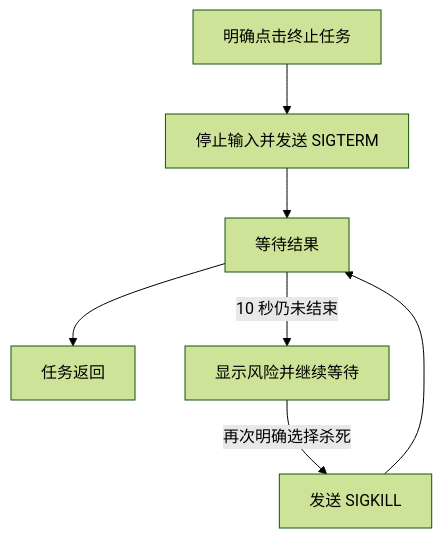
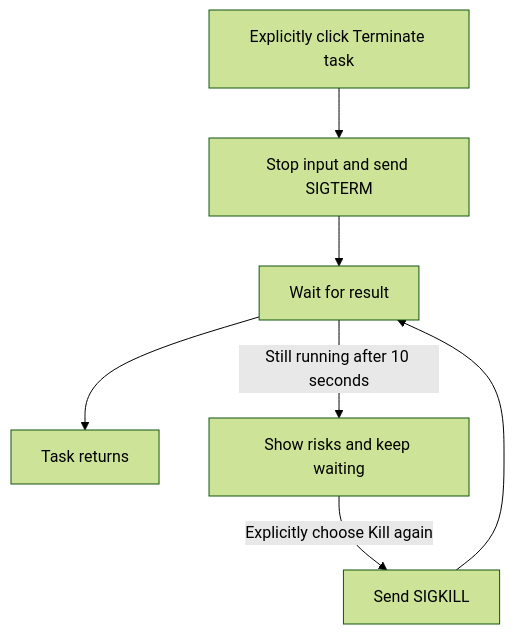
The diagram in crates/auto-admin/docs/workflow.md (peixuanthomas/TundraUX3), drawn with Mermaid (forest theme) before and after one commit. The commit also changed other lines of this file and 69 other files, not shown here.

````diff
--- a/crates/auto-admin/docs/workflow.md
+++ b/crates/auto-admin/docs/workflow.md
@@ -41,9 +41,9 @@
 ```mermaid
 flowchart TD
-    Stop[明确点击终止任务] --> Term[停止输入并发送 SIGTERM]
-    Term --> Wait[等待结果]
-    Wait --> Done[任务返回]
-    Wait -->|10 秒仍未结束| Warn[显示风险并继续等待]
-    Warn -->|再次明确选择杀死| Kill[发送 SIGKILL]
+    Stop[Explicitly click Terminate task] --> Term[Stop input and send SIGTERM]
+    Term --> Wait[Wait for result]
+    Wait --> Done[Task returns]
+    Wait -->|Still running after 10 seconds| Warn[Show risks and keep waiting]
+    Warn -->|Explicitly choose Kill again| Kill[Send SIGKILL]
     Kill --> Wait
 ```
````
